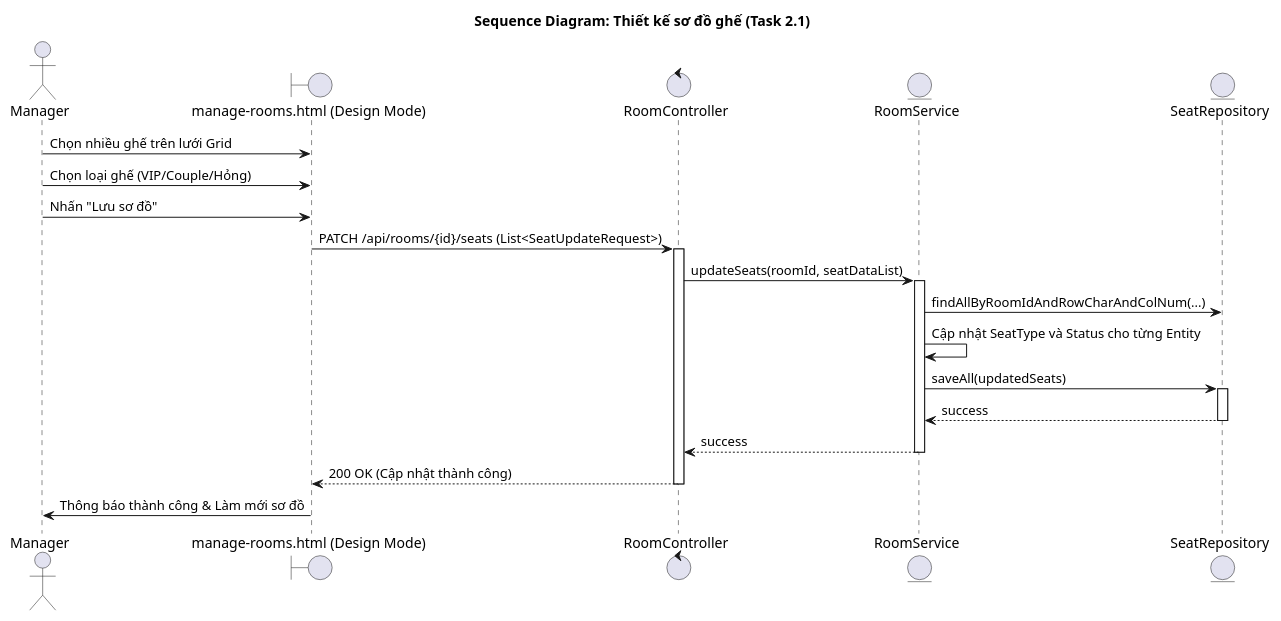
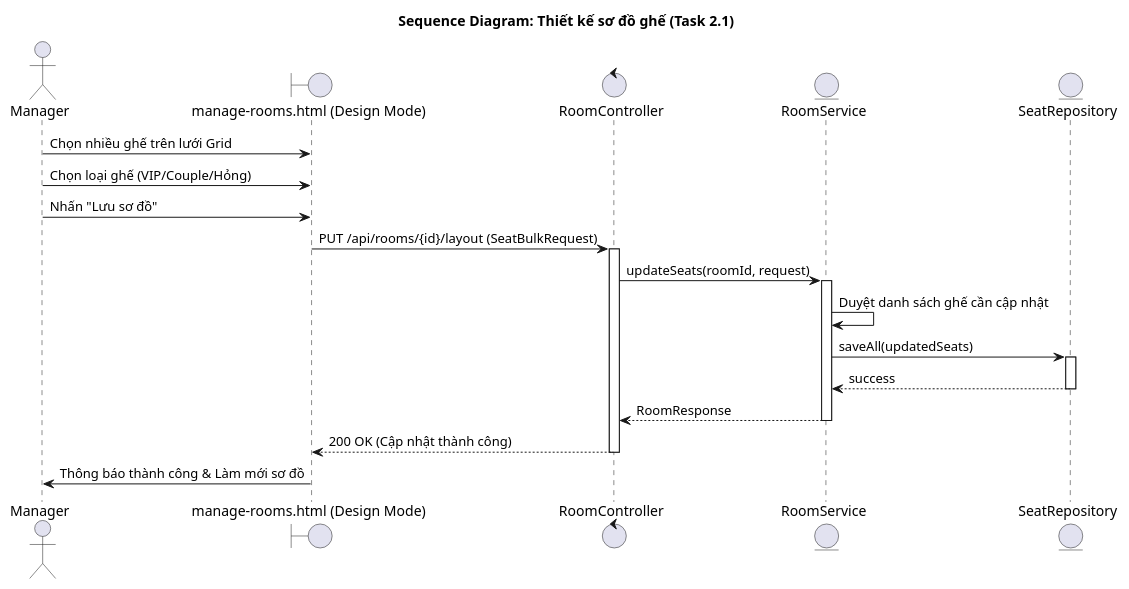
Before and after one commit to vothnha26/Cinema-Management-System: the diagram in uml/sequence/manager_design_seat.puml, drawn with PlantUML. The commit also changed 17 other files, not shown here.

```diff
--- a/uml/sequence/manager_design_seat.puml
+++ b/uml/sequence/manager_design_seat.puml
@@ -1,35 +1,34 @@
 @startuml Manager Design Seat Sequence
 title Sequence Diagram: Thiết kế sơ đồ ghế (Task 2.1)
 skinparam theme cerulean
 
 actor Manager
 boundary "manage-rooms.html (Design Mode)" as UI
 control "RoomController" as Ctrl
 entity "RoomService" as Svc
 entity "SeatRepository" as DB
 
 Manager -> UI: Chọn nhiều ghế trên lưới Grid
 Manager -> UI: Chọn loại ghế (VIP/Couple/Hỏng)
 Manager -> UI: Nhấn "Lưu sơ đồ"
 
-UI -> Ctrl: PATCH /api/rooms/{id}/seats (List<SeatUpdateRequest>)
+UI -> Ctrl: PUT /api/rooms/{id}/layout (SeatBulkRequest)
 activate Ctrl
 
-Ctrl -> Svc: updateSeats(roomId, seatDataList)
+Ctrl -> Svc: updateSeats(roomId, request)
 activate Svc
 
-Svc -> DB: findAllByRoomIdAndRowCharAndColNum(...)
-Svc -> Svc: Cập nhật SeatType và Status cho từng Entity
+Svc -> Svc: Duyệt danh sách ghế cần cập nhật
 Svc -> DB: saveAll(updatedSeats)
 activate DB
 DB --> Svc: success
 deactivate DB
 
-Svc --> Ctrl: success
+Svc --> Ctrl: RoomResponse
 deactivate Svc
 
 Ctrl --> UI: 200 OK (Cập nhật thành công)
 deactivate Ctrl
 
 UI -> Manager: Thông báo thành công & Làm mới sơ đồ
 @enduml
```
